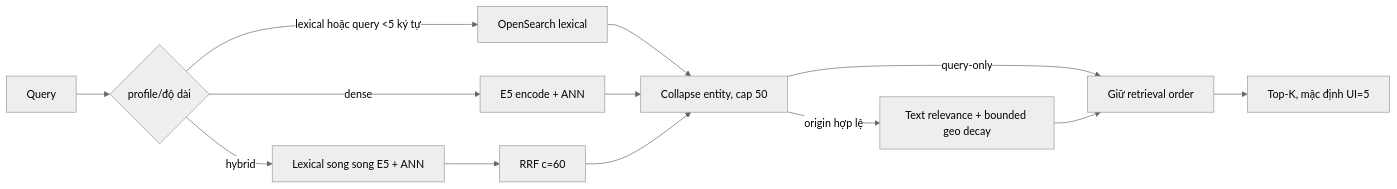
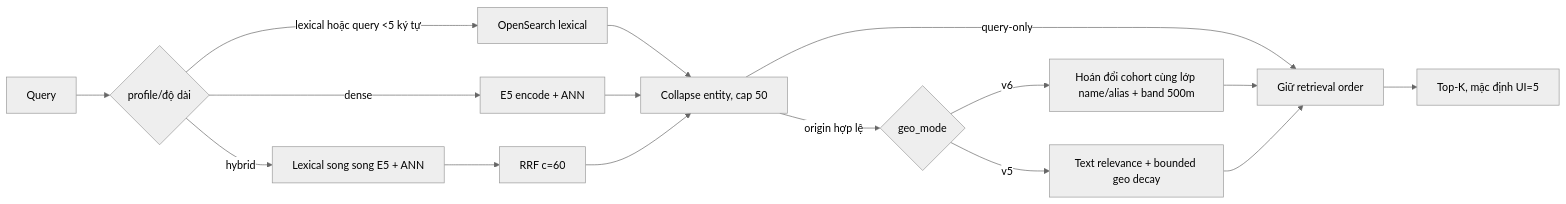
One commit to duckymoimoi/search-location-optimize changed the diagram in docs/as-built/CURRENT_STATE.md. Above: the diagram before and after it, drawn with Mermaid (neutral theme). The commit also changed other lines of this file and 12 other files, not shown here.

````diff
--- a/docs/as-built/CURRENT_STATE.md
+++ b/docs/as-built/CURRENT_STATE.md
@@ -21,15 +21,18 @@
 ```mermaid
 flowchart LR
     Q["Query"] --> R{"profile/độ dài"}
     R -->|lexical hoặc query <5 ký tự| L["OpenSearch lexical"]
     R -->|dense| D["E5 encode + ANN"]
     R -->|hybrid| H["Lexical song song E5 + ANN"]
     H --> F["RRF c=60"]
     L --> C["Collapse entity, cap 50"]
     D --> C
     F --> C
     C -->|query-only| O["Giữ retrieval order"]
-    C -->|origin hợp lệ| G["Text relevance + bounded geo decay"]
-    G --> O
+    C -->|origin hợp lệ| G{"geo_mode"}
+    G -->|v6| V6["Hoán đổi cohort cùng lớp name/alias + band 500m"]
+    G -->|v5| V5["Text relevance + bounded geo decay"]
+    V6 --> O
+    V5 --> O
     O --> K["Top-K, mặc định UI=5"]
 ```
````
